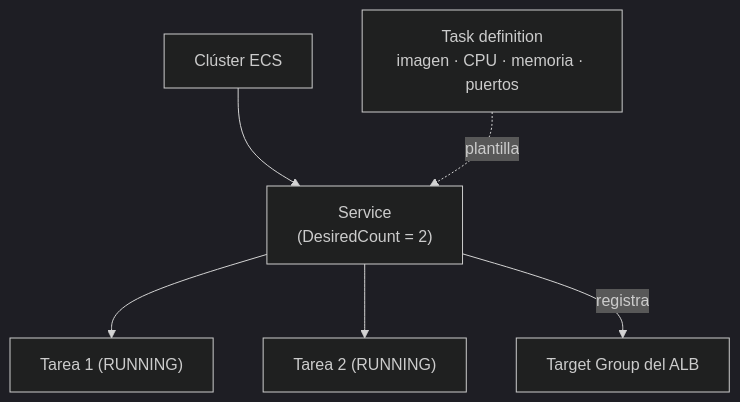
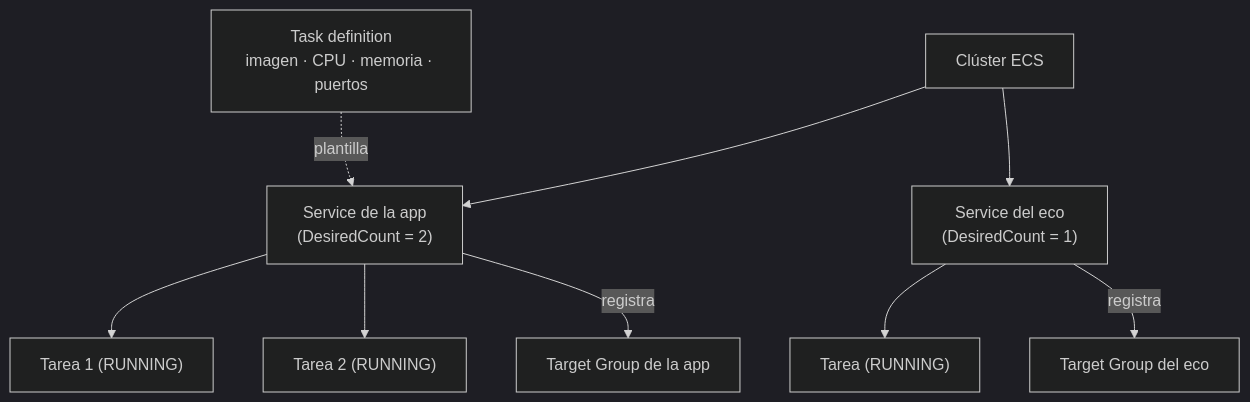
The diagram in content/aws-devops/13-primeros-contenedores.md (cloudbridgeuy/courses), drawn with Mermaid (dark theme) before and after one commit. The commit also changed other lines of this file and 10 other files, not shown here.

````diff
--- a/content/aws-devops/13-primeros-contenedores.md
+++ b/content/aws-devops/13-primeros-contenedores.md
@@ -114,8 +114,11 @@
 ```mermaid
 flowchart TD
-  CL["Clúster ECS"] --> SV["Service<br/>(DesiredCount = 2)"]
+  CL["Clúster ECS"] --> SV["Service de la app<br/>(DesiredCount = 2)"]
+  CL --> SE["Service del eco<br/>(DesiredCount = 1)"]
   TD["Task definition<br/>imagen · CPU · memoria · puertos"] -.->|plantilla| SV
   SV --> T1["Tarea 1 (RUNNING)"]
   SV --> T2["Tarea 2 (RUNNING)"]
-  SV -->|registra| TG["Target Group del ALB"]
+  SE --> T3["Tarea (RUNNING)"]
+  SV -->|registra| TG["Target Group de la app"]
+  SE -->|registra| TGE["Target Group del eco"]
 ```
````
